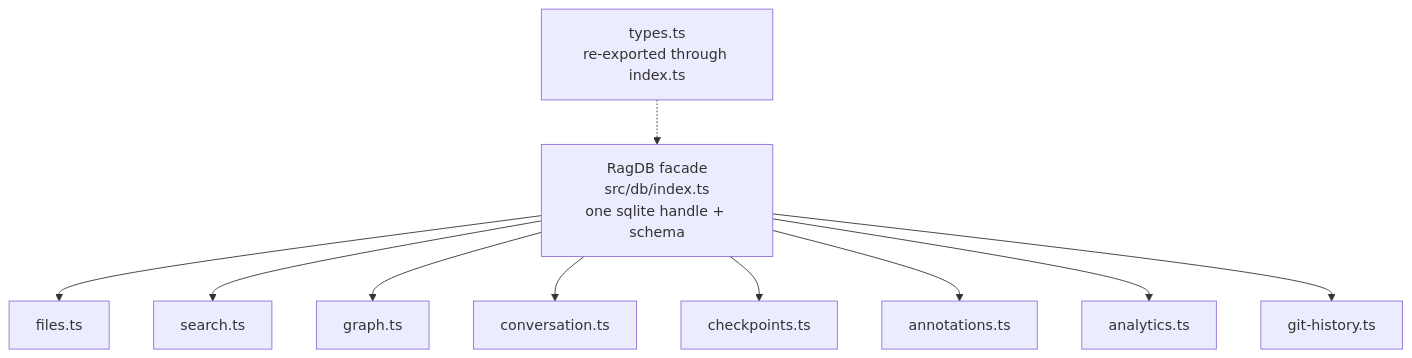
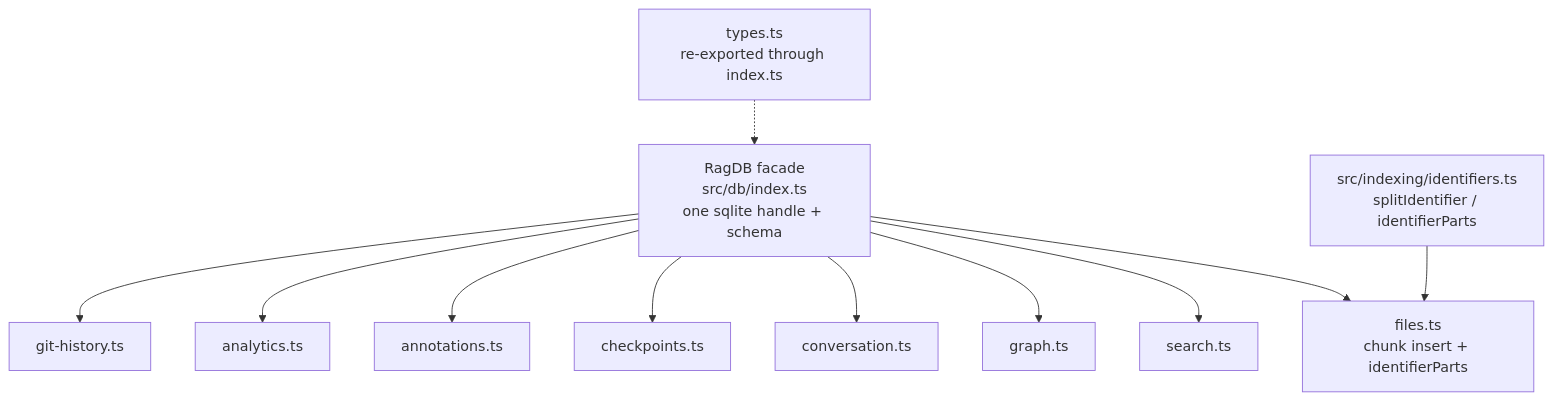
Before and after one commit to TheWinci/mimirs: the second of 2 diagrams in wiki/module-map.md, drawn with Mermaid. The commit also changed other lines of this file and 47 other files, not shown here.

````diff
--- a/wiki/module-map.md
+++ b/wiki/module-map.md
@@ -67,13 +74,14 @@
 ```mermaid
 flowchart TD
   ragdb["RagDB facade<br>src/db/index.ts<br>one sqlite handle + schema"]
-  ragdb --> files["files.ts"]
+  ragdb --> files["files.ts<br>chunk insert + identifierParts"]
   ragdb --> searchst["search.ts"]
   ragdb --> graphst["graph.ts"]
   ragdb --> conv["conversation.ts"]
   ragdb --> ckpt["checkpoints.ts"]
   ragdb --> ann["annotations.ts"]
   ragdb --> analyticsst["analytics.ts"]
   ragdb --> githist["git-history.ts"]
+  identmod["src/indexing/identifiers.ts<br>splitIdentifier / identifierParts"] --> files
   typesst["types.ts<br>re-exported through index.ts"] -.-> ragdb
 ```
````
